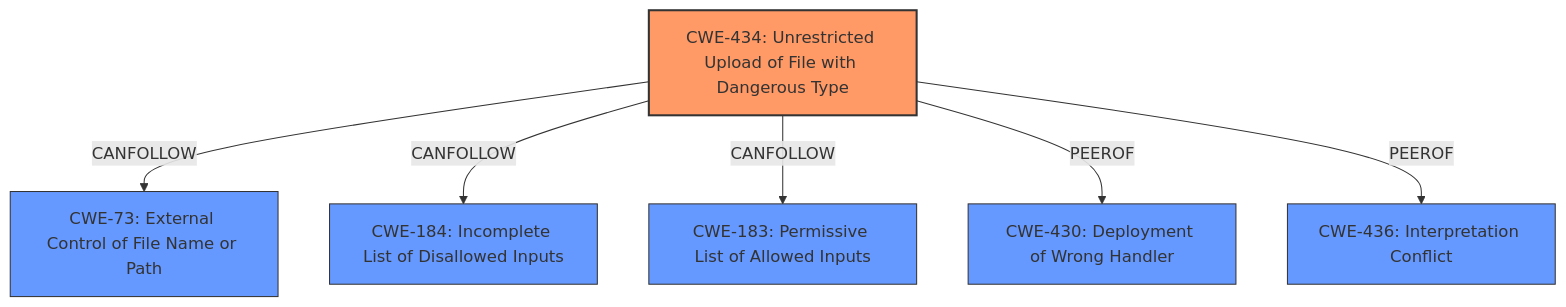
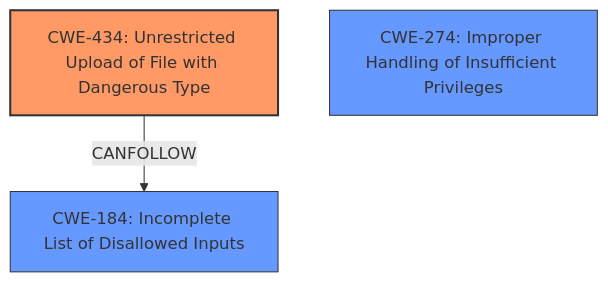
Before and after one commit to CyberSecAI/cwe_agent_assign_reports_2023: the diagram in CVE-2021-22900/CVE-2021-22900_analysis.md, drawn with Mermaid. The commit also changed other lines of this file and 902 other files, not shown here.

````diff
--- a/CVE-2021-22900/CVE-2021-22900_analysis.md
+++ b/CVE-2021-22900/CVE-2021-22900_analysis.md
@@ -17,20 +17,12 @@
 ```mermaid
 graph TD
     cwe434["CWE-434: Unrestricted Upload of File with Dangerous Type"]
-    cwe73["CWE-73: External Control of File Name or Path"]
     cwe184["CWE-184: Incomplete List of Disallowed Inputs"]
-    cwe183["CWE-183: Permissive List of Allowed Inputs"]
-    cwe430["CWE-430: Deployment of Wrong Handler"]
-    cwe436["CWE-436: Interpretation Conflict"]
+    cwe274["CWE-274: Improper Handling of Insufficient Privileges"]
 
-    cwe434 -- CANFOLLOW --> cwe73
-    cwe434 -- CANFOLLOW --> cwe184
-    cwe434 -- CANFOLLOW --> cwe183
-    cwe434 -- PEEROF --> cwe430
-    cwe434 -- PEEROF --> cwe436
-
+    cwe434 -->|CANFOLLOW| cwe184
     classDef primary fill:#f96,stroke:#333,stroke-width:2px
     classDef secondary fill:#69f,stroke:#333
     class cwe434 primary
-    class cwe73,cwe184,cwe183,cwe430,cwe436 secondary
+    class cwe184,cwe274 secondary
 ```
````
